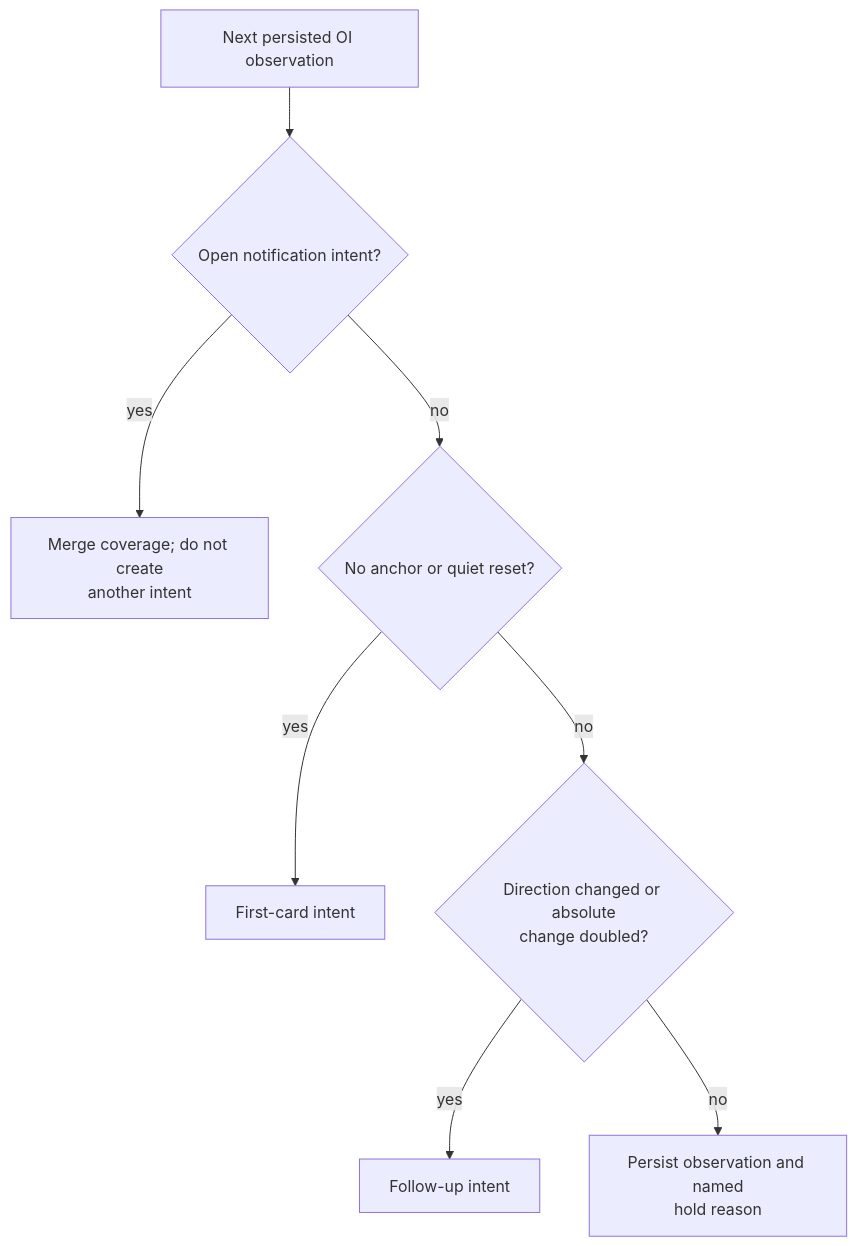
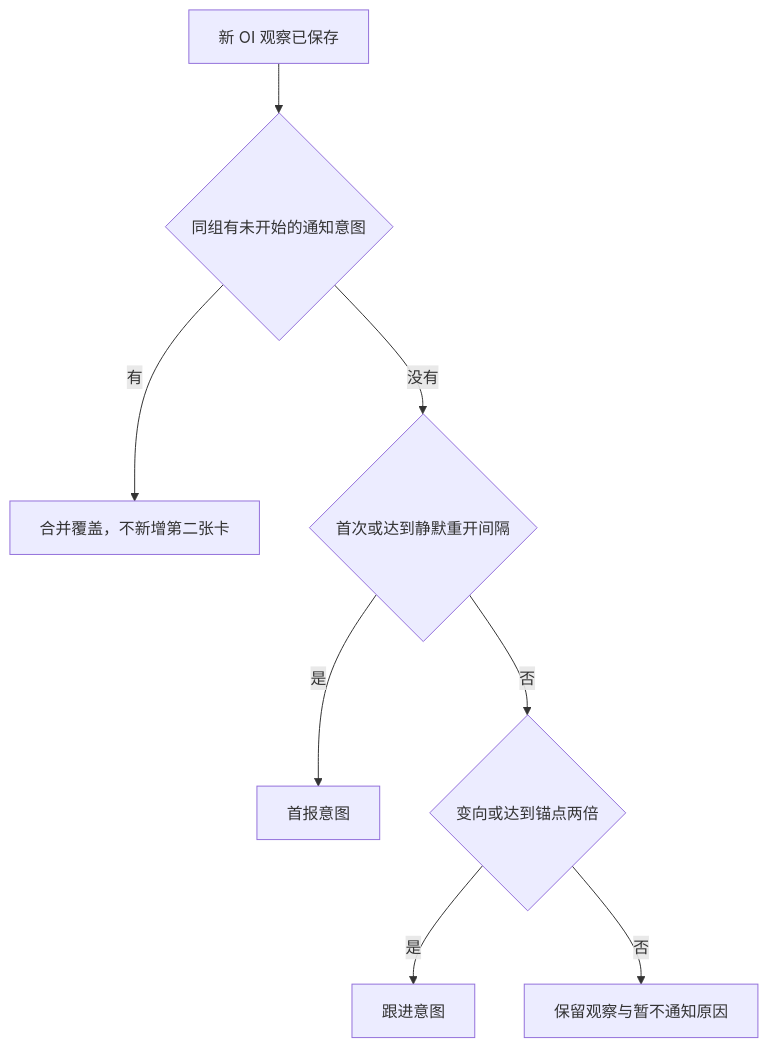
The second of 3 diagrams in docs/modules/oi.md (AnalyThothAI/tracefold), drawn with Mermaid before and after one commit. The commit also changed other lines of this file and 28 other files, not shown here.

Commit message:
docs: rebuild the Chinese architecture and module handbook

````diff
--- a/docs/modules/oi.md
+++ b/docs/modules/oi.md
@@ -79,10 +67,10 @@
 ```mermaid
 flowchart TD
-    O["Next persisted OI observation"] --> Pending{"Open notification intent?"}
-    Pending -->|"yes"| Merge["Merge coverage; do not create<br/>another intent"]
-    Pending -->|"no"| First{"No anchor or quiet reset?"}
-    First -->|"yes"| New["First-card intent"]
-    First -->|"no"| Change{"Direction changed or absolute<br/>change doubled?"}
-    Change -->|"yes"| Follow["Follow-up intent"]
-    Change -->|"no"| Hold["Persist observation and named<br/>hold reason"]
+    O["新 OI 观察已保存"] --> Pending{"同组有未开始的通知意图"}
+    Pending -->|"有"| Merge["合并覆盖，不新增第二张卡"]
+    Pending -->|"没有"| First{"首次或达到静默重开间隔"}
+    First -->|"是"| New["首报意图"]
+    First -->|"否"| Change{"变向或达到锚点两倍"}
+    Change -->|"是"| Follow["跟进意图"]
+    Change -->|"否"| Hold["保留观察与暂不通知原因"]
 ```
````
